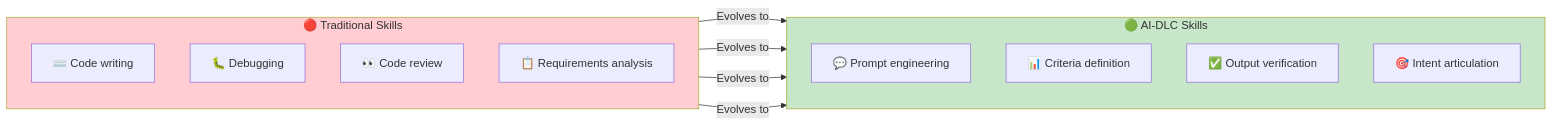
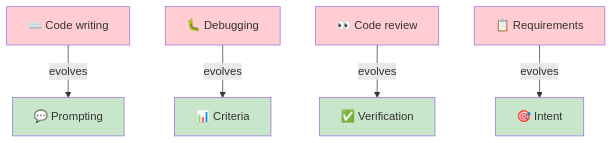
Before and after one commit to TheBushidoCollective/han: the first of 7 diagrams in website/content/papers/ai-dlc-2026/runbooks/adoption/skills-training.md, drawn with Mermaid. The commit also changed other lines of this file and 21 other files, not shown here.

First line of the commit message:
fix(website): convert all AI-DLC runbook Mermaid diagrams to TB layout

````diff
--- a/website/content/papers/ai-dlc-2026/runbooks/adoption/skills-training.md
+++ b/website/content/papers/ai-dlc-2026/runbooks/adoption/skills-training.md
@@ -9,26 +9,16 @@
 ```mermaid
-flowchart LR
-    subgraph Old["🔴 Traditional Skills"]
-        direction TB
-        O1[⌨️ Code writing]
-        O2[🐛 Debugging]
-        O3[👀 Code review]
-        O4[📋 Requirements analysis]
-    end
+flowchart TB
+    O1[⌨️ Code writing] -->|evolves| N1[💬 Prompting]
+    O2[🐛 Debugging] -->|evolves| N2[📊 Criteria]
+    O3[👀 Code review] -->|evolves| N3[✅ Verification]
+    O4[📋 Requirements] -->|evolves| N4[🎯 Intent]
 
-    subgraph New["🟢 AI-DLC Skills"]
-        direction TB
-        N1[💬 Prompt engineering]
-        N2[📊 Criteria definition]
-        N3[✅ Output verification]
-        N4[🎯 Intent articulation]
-    end
-
-    O1 -->|"Evolves to"| N1
-    O2 -->|"Evolves to"| N2
-    O3 -->|"Evolves to"| N3
-    O4 -->|"Evolves to"| N4
-
-    style Old fill:#ffcdd2
-    style New fill:#c8e6c9
+    style O1 fill:#ffcdd2
+    style O2 fill:#ffcdd2
+    style O3 fill:#ffcdd2
+    style O4 fill:#ffcdd2
+    style N1 fill:#c8e6c9
+    style N2 fill:#c8e6c9
+    style N3 fill:#c8e6c9
+    style N4 fill:#c8e6c9
 ```
````
